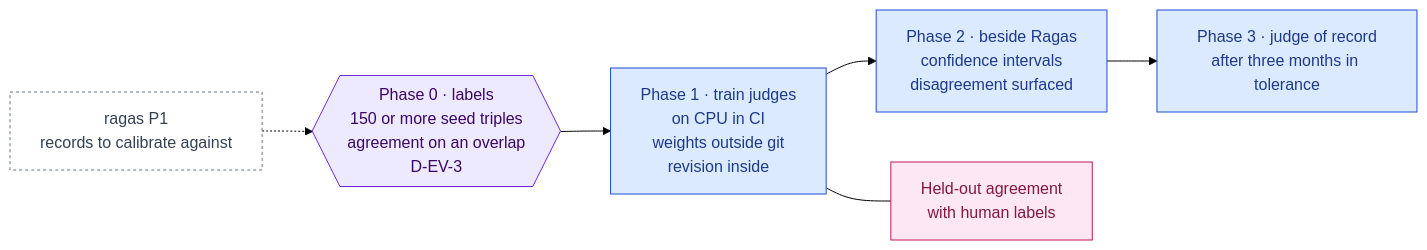
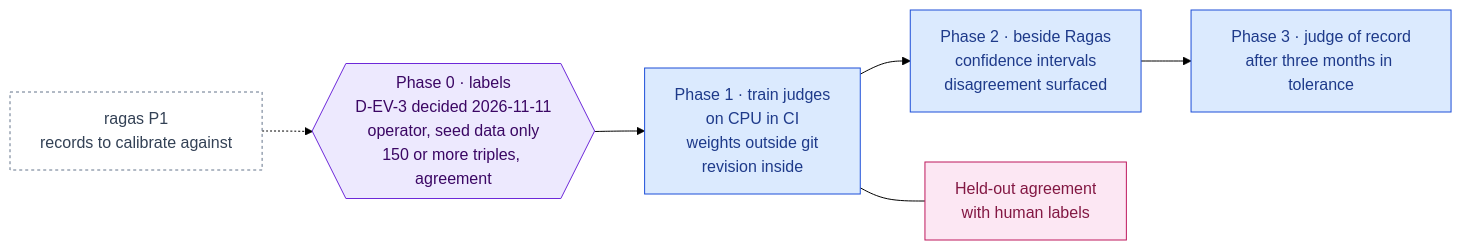
One commit to RodnaPamet/inflect-compliance changed the diagram in docs/ai-architecture/ares.md. Above: the diagram before and after it, drawn with Mermaid (forest theme). The commit also changed other lines of this file and 287 other files, not shown here.

First line of the commit message:
AI roadmap waves 0–1: owner decisions, 22 phases built across 15 roadmaps (#5323)

````diff
--- a/docs/ai-architecture/ares.md
+++ b/docs/ai-architecture/ares.md
@@ -29,19 +29,19 @@
 ```mermaid
 flowchart LR
-  P0{{"Phase 0 · labels<br/>150 or more seed triples<br/>agreement on an overlap<br/>D-EV-3"}}:::gate
+  P0{{"Phase 0 · labels<br/>D-EV-3 decided 2026-11-11<br/>operator, seed data only<br/>150 or more triples, agreement"}}:::gate
   P1["Phase 1 · train judges<br/>on CPU in CI<br/>weights outside git<br/>revision inside"]:::todo
   P2["Phase 2 · beside Ragas<br/>confidence intervals<br/>disagreement surfaced"]:::todo
   P3["Phase 3 · judge of record<br/>after three months in tolerance"]:::todo
   RA["ragas P1<br/>records to calibrate against"]:::ext
   HO["Held-out agreement<br/>with human labels"]:::eval
   P0 --> P1 --> P2 --> P3
   RA -.-> P0
   P1 --- HO
 
   classDef done fill:#d1fae5,stroke:#047857,color:#064e3b
   classDef todo fill:#dbeafe,stroke:#1d4ed8,color:#1e3a8a
   classDef gate fill:#ede9fe,stroke:#6d28d9,color:#3b0764
   classDef ext fill:#ffffff,stroke:#64748b,color:#334155,stroke-dasharray:3 3
   classDef eval fill:#fce7f3,stroke:#be185d,color:#831843
   classDef declined fill:#f3f4f6,stroke:#6b7280,color:#374151,stroke-dasharray:4 3
 ```
````
